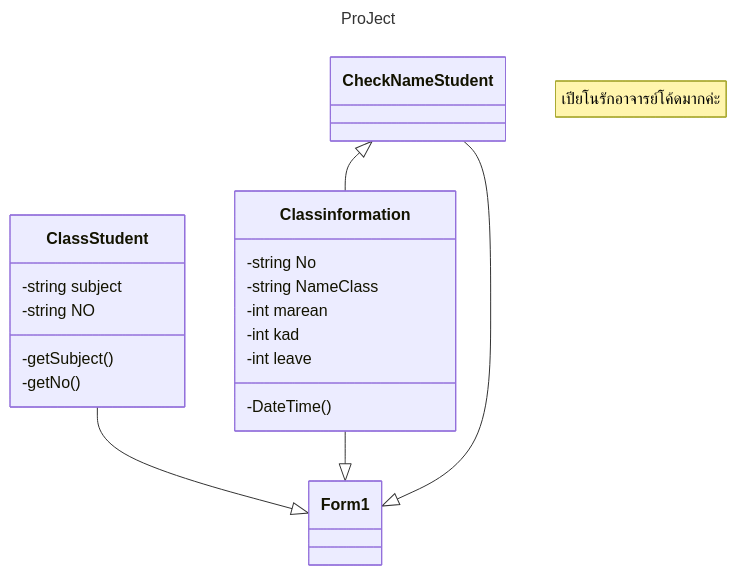
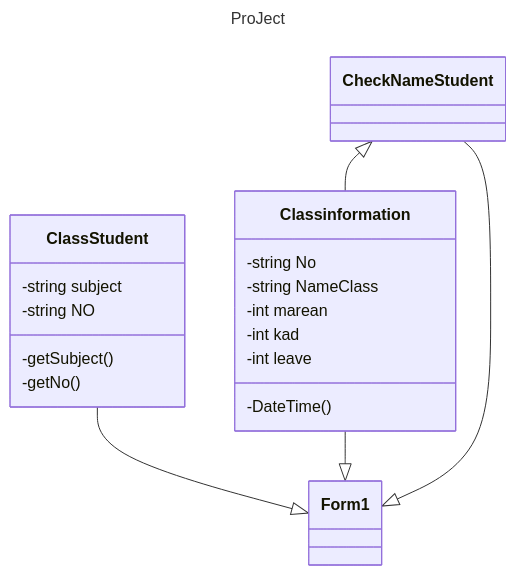
Before and after one commit to Natithorn/Test: the diagram in README.md, drawn with Mermaid.

````diff
--- a/README.md
+++ b/README.md
@@ -1,26 +1,26 @@
 ```mermaid
 ---
 title: ProJect
 ---
 classDiagram
-    note "เปียโนรักอาจารย์โค้ดมากค่ะ"
+    
     ClassStudent --|> Form1
     Classinformation --|> Form1
     CheckNameStudent <|-- Classinformation
     CheckNameStudent --|> Form1
     class Classinformation{
         -string No
         -string NameClass
         -int marean
         -int kad
         -int leave
         -DateTime()
     }
     class ClassStudent {
         -string subject
         -string NO
         -getSubject()
         -getNo()
     }
     
 ```
````
